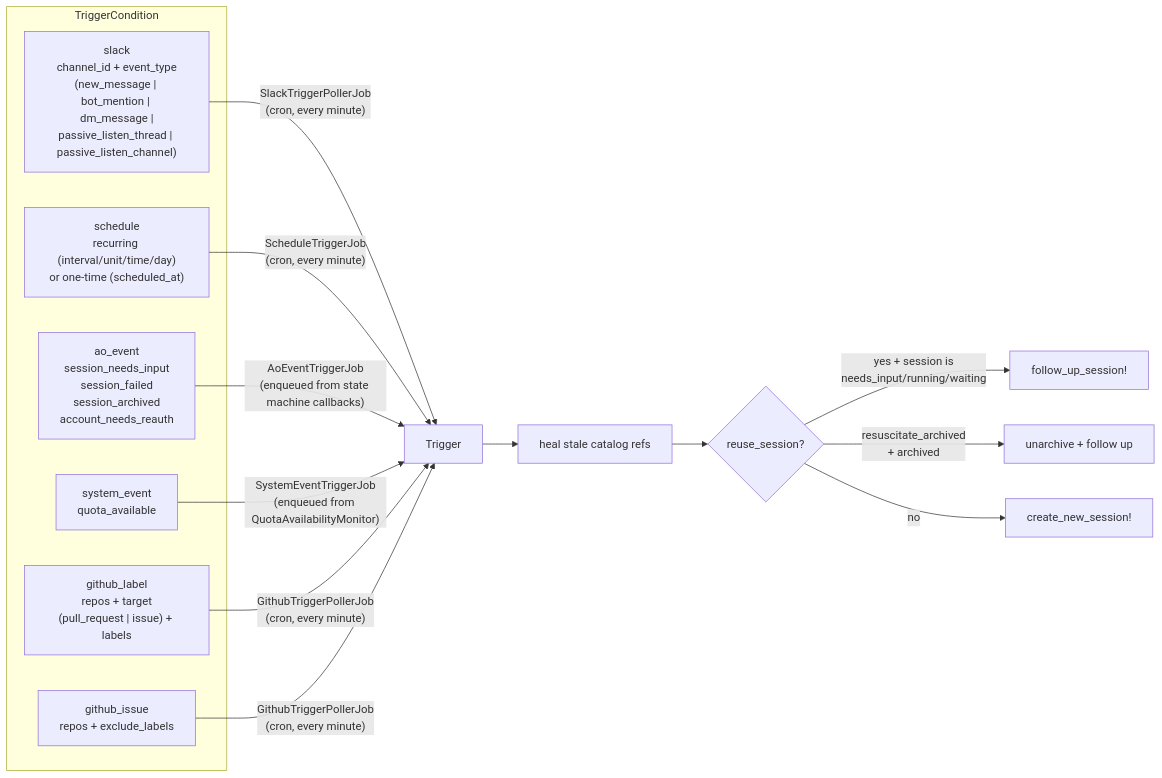
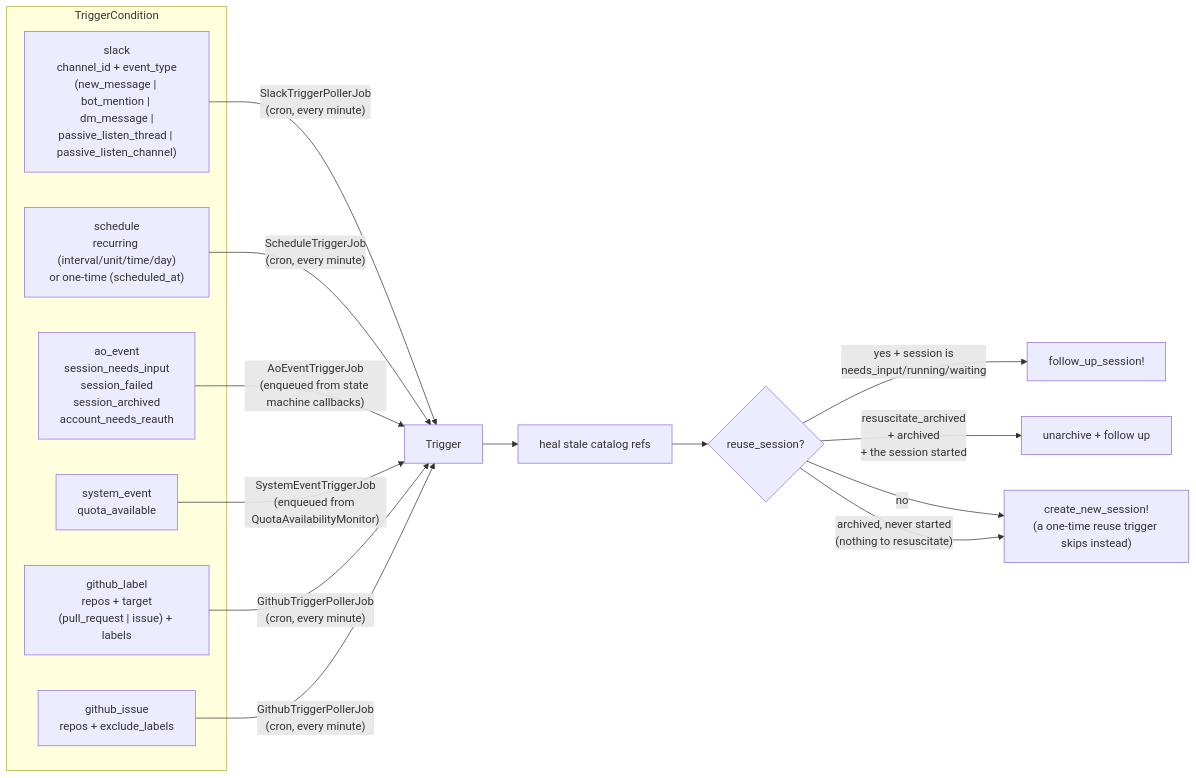
The first of 2 diagrams in docs/src/content/docs/sessions/triggers.md (tadasant/zimmer), drawn with Mermaid before and after one commit. The commit also changed other lines of this file and 3 other files, not shown here.

First line of the commit message:
fix(triggers): a never-run archived session can no longer brick a recurring trigger (#631)

````diff
--- a/docs/src/content/docs/sessions/triggers.md
+++ b/docs/src/content/docs/sessions/triggers.md
@@ -15,24 +15,25 @@
 ```mermaid
 flowchart LR
     subgraph conditions["TriggerCondition"]
         SL["slack<br/>channel_id + event_type<br/>(new_message | bot_mention | dm_message |<br/>passive_listen_thread | passive_listen_channel)"]
         SC["schedule<br/>recurring (interval/unit/time/day)<br/>or one-time (scheduled_at)"]
         AO["ao_event<br/>session_needs_input<br/>session_failed<br/>session_archived<br/>account_needs_reauth"]
         SE["system_event<br/>quota_available"]
         GL["github_label<br/>repos + target<br/>(pull_request | issue) + labels"]
         GI["github_issue<br/>repos + exclude_labels"]
     end
 
     SL -->|"SlackTriggerPollerJob<br/>(cron, every minute)"| T["Trigger"]
     SC -->|"ScheduleTriggerJob<br/>(cron, every minute)"| T
     AO -->|"AoEventTriggerJob<br/>(enqueued from state machine callbacks)"| T
     SE -->|"SystemEventTriggerJob<br/>(enqueued from QuotaAvailabilityMonitor)"| T
     GL -->|"GithubTriggerPollerJob<br/>(cron, every minute)"| T
     GI -->|"GithubTriggerPollerJob<br/>(cron, every minute)"| T
 
     T --> H["heal stale catalog refs"]
     H --> D{"reuse_session?"}
     D -->|"yes + session is<br/>needs_input/running/waiting"| FU["follow_up_session!"]
-    D -->|"resuscitate_archived<br/>+ archived"| RS["unarchive + follow up"]
-    D -->|no| NEW["create_new_session!"]
+    D -->|"resuscitate_archived<br/>+ archived<br/>+ the session started"| RS["unarchive + follow up"]
+    D -->|no| NEW["create_new_session!<br/>(a one-time reuse trigger skips instead)"]
+    D -->|"archived, never started<br/>(nothing to resuscitate)"| NEW
 ```
````
